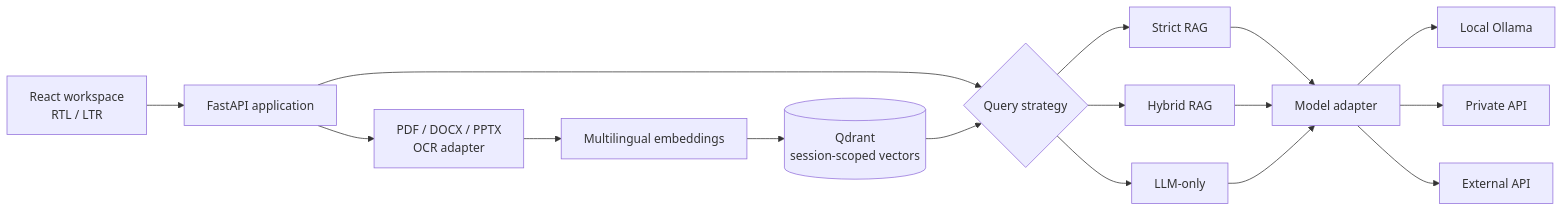
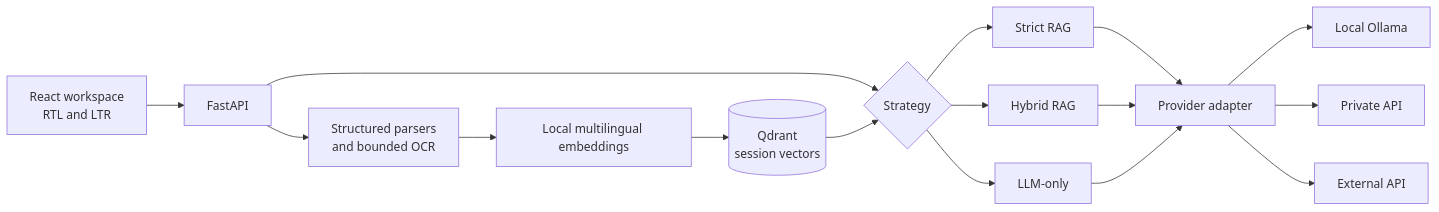
The diagram in README.md (Pooria82/ParsRAG), drawn with Mermaid before and after one commit. The commit also changed other lines of this file and 3 other files, not shown here.

````diff
--- a/README.md
+++ b/README.md
@@ -77,18 +78,18 @@
 ```mermaid
 flowchart LR
-    UI[React workspace<br>RTL / LTR] --> API[FastAPI application]
-    API --> Parse[PDF / DOCX / PPTX<br>OCR adapter]
-    Parse --> Embed[Multilingual embeddings]
-    Embed --> Q[(Qdrant<br>session-scoped vectors)]
-    API --> Router{Query strategy}
+    UI[React workspace<br>RTL and LTR] --> API[FastAPI]
+    API --> Parse[Structured parsers<br>and bounded OCR]
+    Parse --> Embed[Local multilingual embeddings]
+    Embed --> Q[(Qdrant<br>session vectors)]
+    API --> Router{Strategy}
     Q --> Router
     Router --> Strict[Strict RAG]
     Router --> Hybrid[Hybrid RAG]
     Router --> Only[LLM-only]
-    Strict --> Model[Model adapter]
+    Strict --> Model[Provider adapter]
     Hybrid --> Model
     Only --> Model
     Model --> Ollama[Local Ollama]
     Model --> Private[Private API]
     Model --> External[External API]
 ```
````
